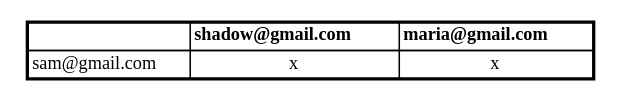
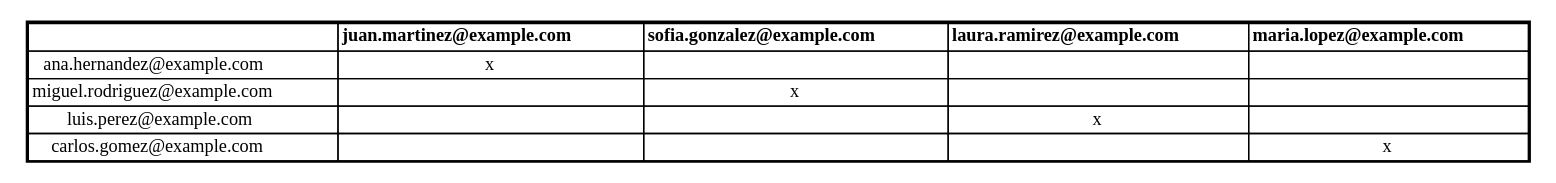
Before and after one commit to Kevin-alvarez1/PROYECTO_MULTIFASES_RED_SOCIAL: the diagram in Fase1/output/relaciones.dot, drawn with Graphviz. The commit also changed 23 other files, not shown here.

```diff
--- a/Fase1/output/relaciones.dot
+++ b/Fase1/output/relaciones.dot
@@ -1,8 +1,11 @@
 digraph G {
 node [shape=plaintext];
 RELACIONES_DE_AMISTAD [label=<
 <table border='2' cellborder='1' cellspacing='0'>
-<tr><td></td><td><b>shadow@gmail.com</b></td><td><b>maria@gmail.com</b></td></tr>
-<tr><td>sam@gmail.com</td><td>x</td><td>x</td></tr>
+<tr><td></td><td><b>juan.martinez@example.com</b></td><td><b>sofia.gonzalez@example.com</b></td><td><b>laura.ramirez@example.com</b></td><td><b>maria.lopez@example.com</b></td></tr>
+<tr><td>ana.hernandez@example.com</td><td>x</td><td></td><td></td><td></td></tr>
+<tr><td>miguel.rodriguez@example.com</td><td></td><td>x</td><td></td><td></td></tr>
+<tr><td>luis.perez@example.com</td><td></td><td></td><td>x</td><td></td></tr>
+<tr><td>carlos.gomez@example.com</td><td></td><td></td><td></td><td>x</td></tr>
 </table>>];
 }
```
